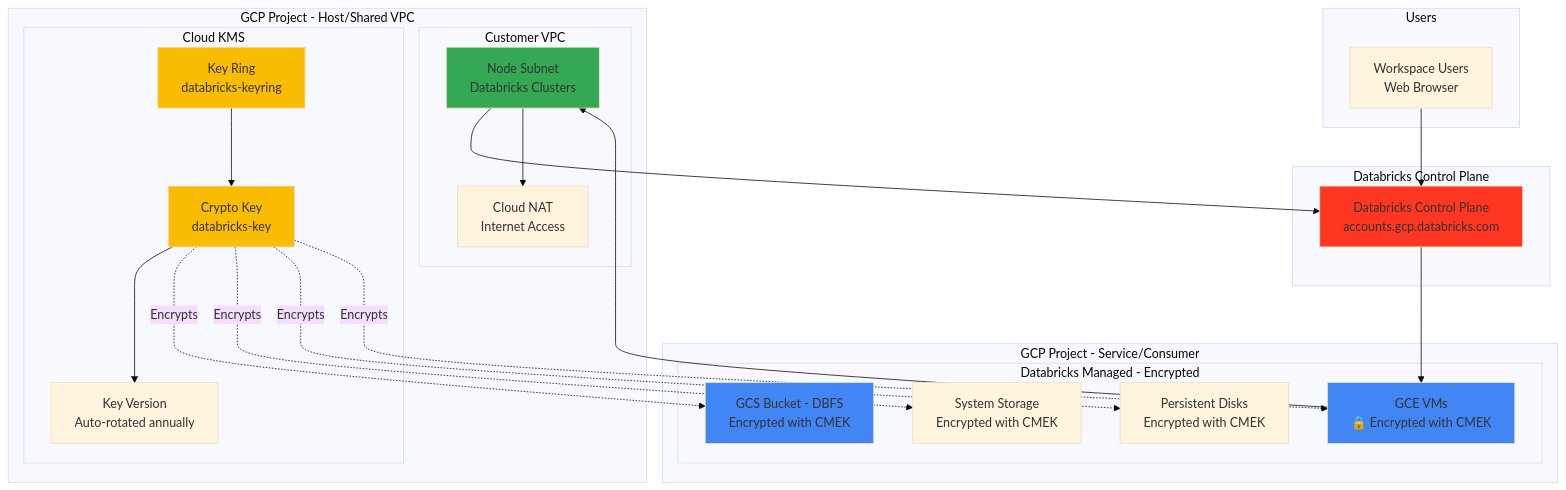
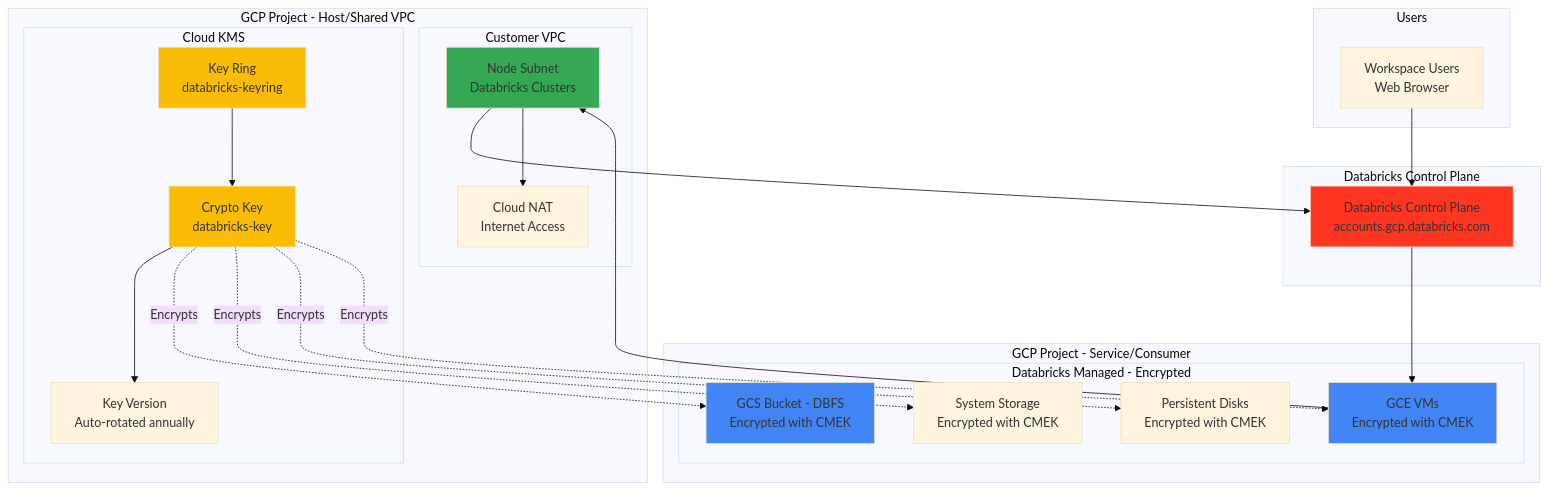
Before and after one commit to bhavink/databricks: the first of 3 diagrams in gcpdb4u/templates/terraform-scripts/byovpc-cmek-ws/README.md, drawn with Mermaid (base theme). The commit also changed other lines of this file and 81 other files, not shown here.

````diff
--- a/gcpdb4u/templates/terraform-scripts/byovpc-cmek-ws/README.md
+++ b/gcpdb4u/templates/terraform-scripts/byovpc-cmek-ws/README.md
@@ -35,53 +35,53 @@
 ```mermaid
 graph TB
     subgraph "GCP Project - Host/Shared VPC"
         subgraph "Customer VPC"
             SUBNET[Node Subnet<br/>Databricks Clusters]
             NAT[Cloud NAT<br/>Internet Access]
         end
 
         subgraph "Cloud KMS"
             KEYRING[Key Ring<br/>databricks-keyring]
             KEY[Crypto Key<br/>databricks-key]
             KEY_VER[Key Version<br/>Auto-rotated annually]
         end
     end
 
     subgraph "GCP Project - Service/Consumer"
         subgraph "Databricks Managed - Encrypted"
-            GCE[GCE VMs<br/>🔒 Encrypted with CMEK]
+            GCE[GCE VMs<br/> Encrypted with CMEK]
             GCS_DBFS[GCS Bucket - DBFS<br/>Encrypted with CMEK]
             GCS_SYS[System Storage<br/>Encrypted with CMEK]
             DISK[Persistent Disks<br/>Encrypted with CMEK]
         end
     end
 
     subgraph "Databricks Control Plane"
         CONTROL[Databricks Control Plane<br/>accounts.gcp.databricks.com]
     end
 
     subgraph "Users"
         USER[Workspace Users<br/>Web Browser]
     end
 
     KEYRING --> KEY
     KEY --> KEY_VER
 
     KEY -.Encrypts.-> GCS_DBFS
     KEY -.Encrypts.-> GCS_SYS
     KEY -.Encrypts.-> DISK
     KEY -.Encrypts.-> GCE
 
     SUBNET --> CONTROL
     SUBNET --> NAT
     GCE --> SUBNET
     USER --> CONTROL
     CONTROL --> GCE
 
     style CONTROL fill:#FF3621
     style KEY fill:#FBBC04
     style KEYRING fill:#FBBC04
     style GCS_DBFS fill:#4285F4
     style GCE fill:#4285F4
     style SUBNET fill:#34A853
 ```
````
